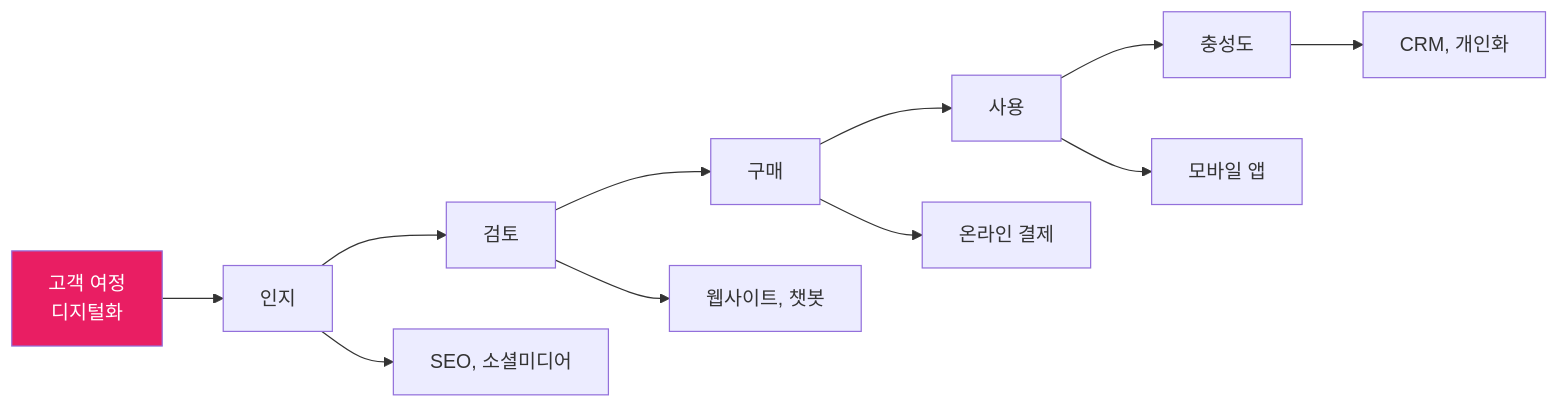
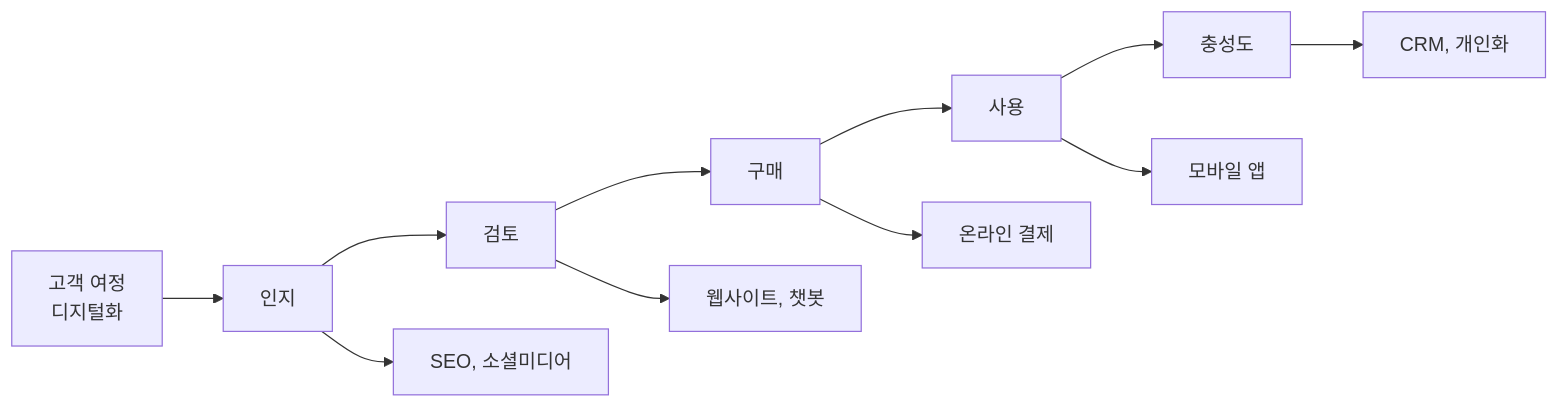
Before and after one commit to nugurejeil/weniVooks: the fifth of 23 diagrams in _md/genai-notion/chapter06/06-3.md, drawn with Mermaid. The commit also changed other lines of this file and 187 other files, not shown here.

````diff
--- a/_md/genai-notion/chapter06/06-3.md
+++ b/_md/genai-notion/chapter06/06-3.md
@@ -158,16 +151,14 @@
 ```mermaid
 graph LR
     A[고객 여정<br/>디지털화] --> B[인지]
     B --> C[검토]
     C --> D[구매]
     D --> E[사용]
     E --> F[충성도]
 
     B --> B1[SEO, 소셜미디어]
     C --> C1[웹사이트, 챗봇]
     D --> D1[온라인 결제]
     E --> E1[모바일 앱]
     F --> F1[CRM, 개인화]
-
-    style A fill:#E91E63,color:#fff
 ```
````
